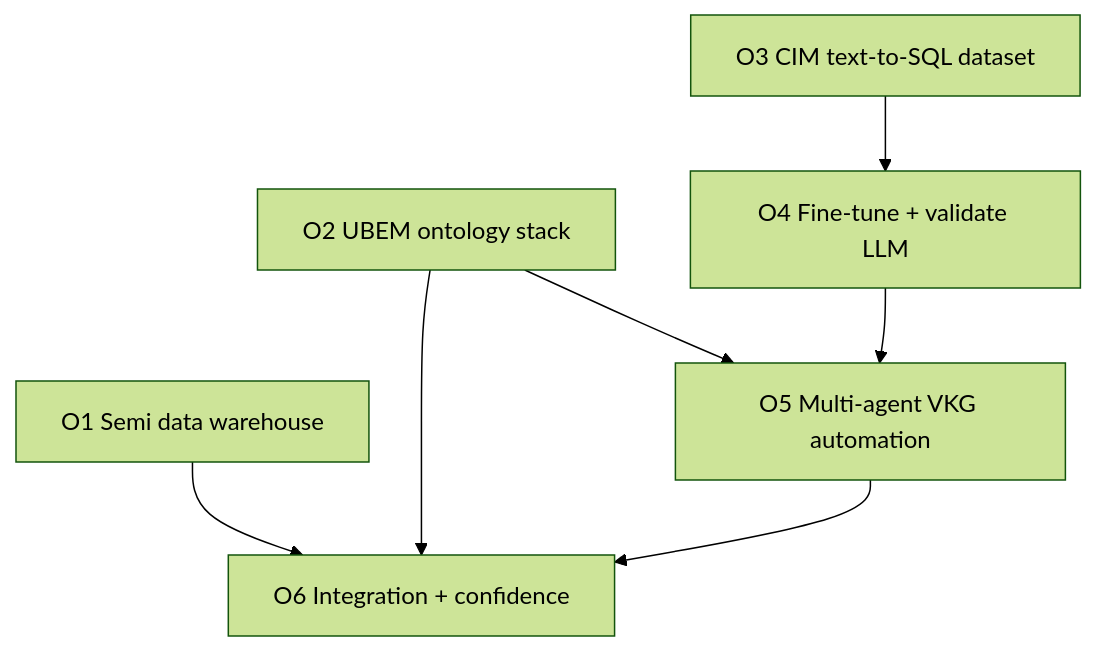
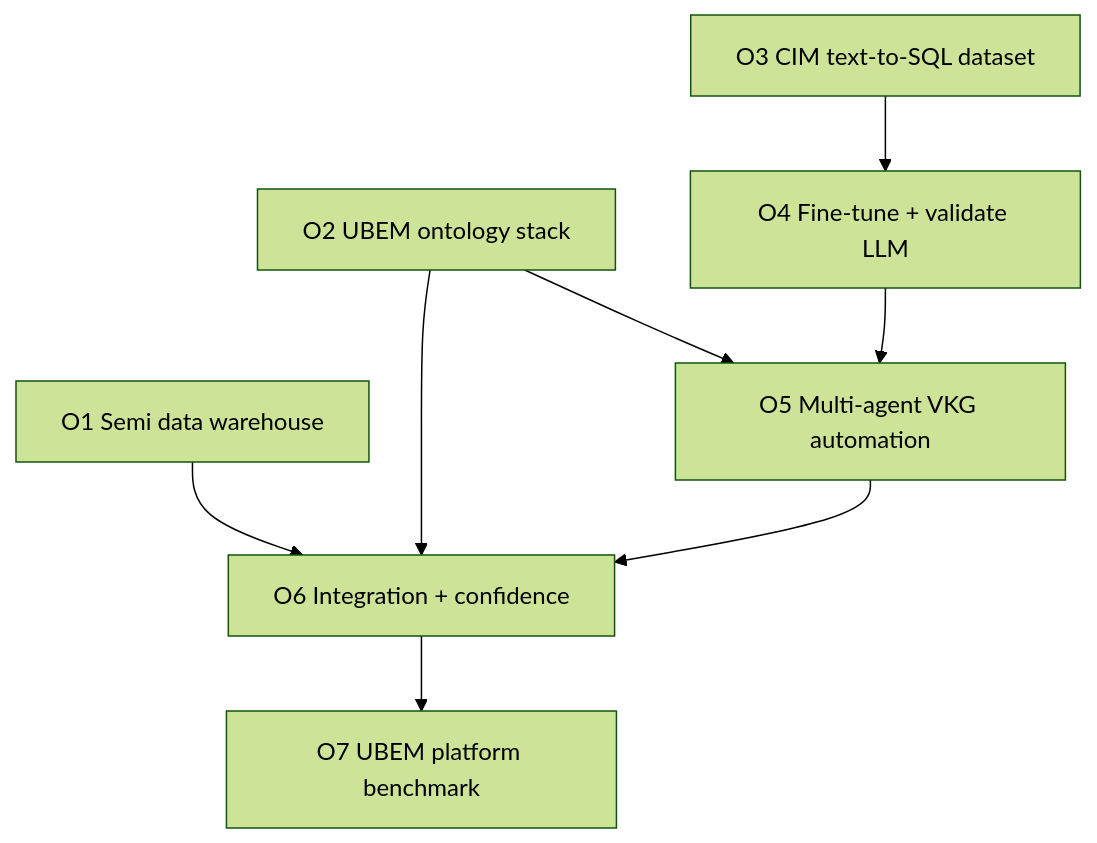
The third of 9 diagrams in paper2/PAPER2-outline.md (energycenterlab/CIM_wizard), drawn with Mermaid (forest theme) before and after one commit. The commit also changed other lines of this file and 133 other files, not shown here.

````diff
--- a/paper2/PAPER2-outline.md
+++ b/paper2/PAPER2-outline.md
@@ -149,15 +151,17 @@
 ```mermaid
 flowchart TB
   O1[O1 Semi data warehouse]
   O2[O2 UBEM ontology stack]
   O3[O3 CIM text-to-SQL dataset]
   O4[O4 Fine-tune + validate LLM]
   O5[O5 Multi-agent VKG automation]
   O6[O6 Integration + confidence]
+  O7[O7 UBEM platform benchmark]
   O1 --> O6
   O2 --> O5
   O3 --> O4
   O4 --> O5
   O5 --> O6
   O2 --> O6
+  O6 --> O7
 ```
````
